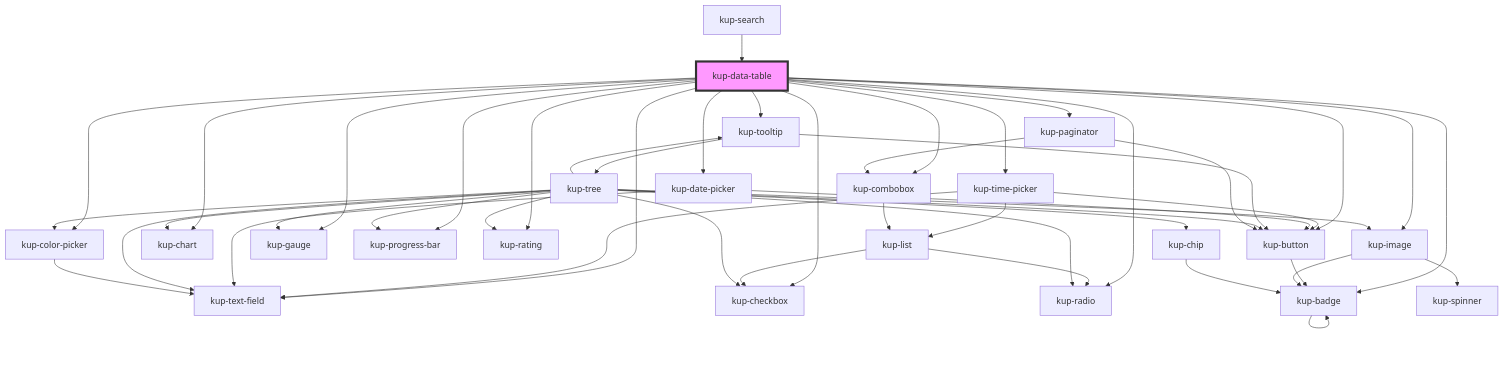
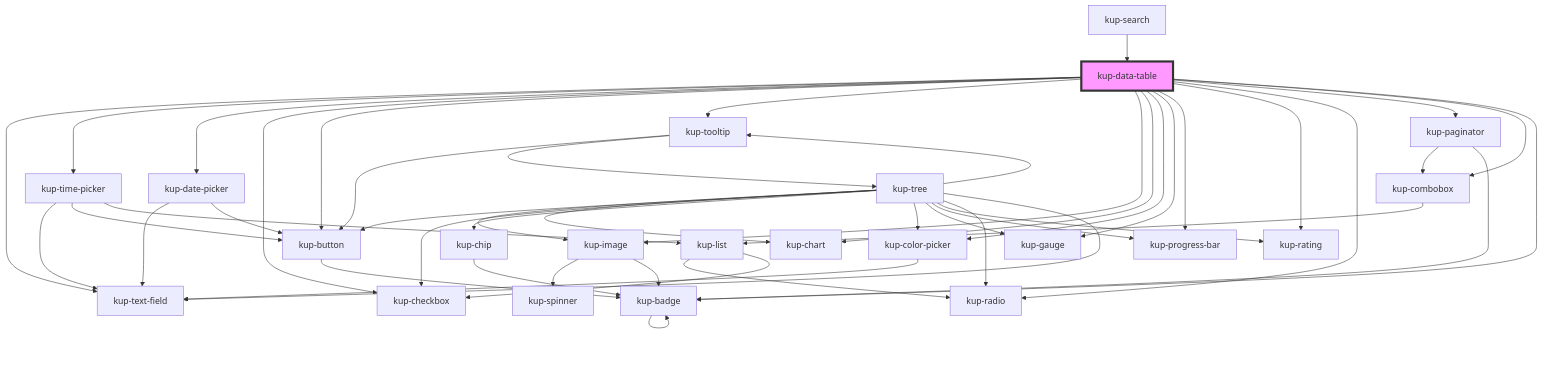
The diagram in packages/ketchup/src/components/kup-data-table/readme.md (smeup/ketchup), drawn with Mermaid before and after one commit. The commit also changed 26 other files, not shown here.

Commit message:
Generic FComponent type. Replaced kup-button with FButton in paginator and data table column menu.

````diff
--- a/packages/ketchup/src/components/kup-data-table/readme.md
+++ b/packages/ketchup/src/components/kup-data-table/readme.md
@@ -165,51 +165,51 @@
 ```mermaid
 graph TD;
   kup-data-table --> kup-text-field
   kup-data-table --> kup-time-picker
   kup-data-table --> kup-date-picker
   kup-data-table --> kup-checkbox
   kup-data-table --> kup-button
   kup-data-table --> kup-tooltip
   kup-data-table --> kup-image
   kup-data-table --> kup-chart
   kup-data-table --> kup-color-picker
   kup-data-table --> kup-gauge
   kup-data-table --> kup-progress-bar
   kup-data-table --> kup-rating
   kup-data-table --> kup-radio
   kup-data-table --> kup-paginator
   kup-data-table --> kup-combobox
   kup-data-table --> kup-badge
   kup-time-picker --> kup-text-field
   kup-time-picker --> kup-button
   kup-time-picker --> kup-list
   kup-button --> kup-badge
   kup-badge --> kup-badge
   kup-list --> kup-radio
   kup-list --> kup-checkbox
   kup-date-picker --> kup-text-field
   kup-date-picker --> kup-button
   kup-tooltip --> kup-button
   kup-tooltip --> kup-tree
   kup-tree --> kup-image
   kup-tree --> kup-button
   kup-tree --> kup-chart
   kup-tree --> kup-checkbox
   kup-tree --> kup-chip
   kup-tree --> kup-color-picker
   kup-tree --> kup-gauge
   kup-tree --> kup-progress-bar
   kup-tree --> kup-rating
   kup-tree --> kup-radio
   kup-tree --> kup-tooltip
   kup-tree --> kup-text-field
   kup-image --> kup-spinner
   kup-image --> kup-badge
   kup-chip --> kup-badge
   kup-color-picker --> kup-text-field
-  kup-paginator --> kup-button
   kup-paginator --> kup-combobox
+  kup-paginator --> kup-badge
   kup-combobox --> kup-list
   kup-search --> kup-data-table
   style kup-data-table fill:#f9f,stroke:#333,stroke-width:4px
 ```
````
